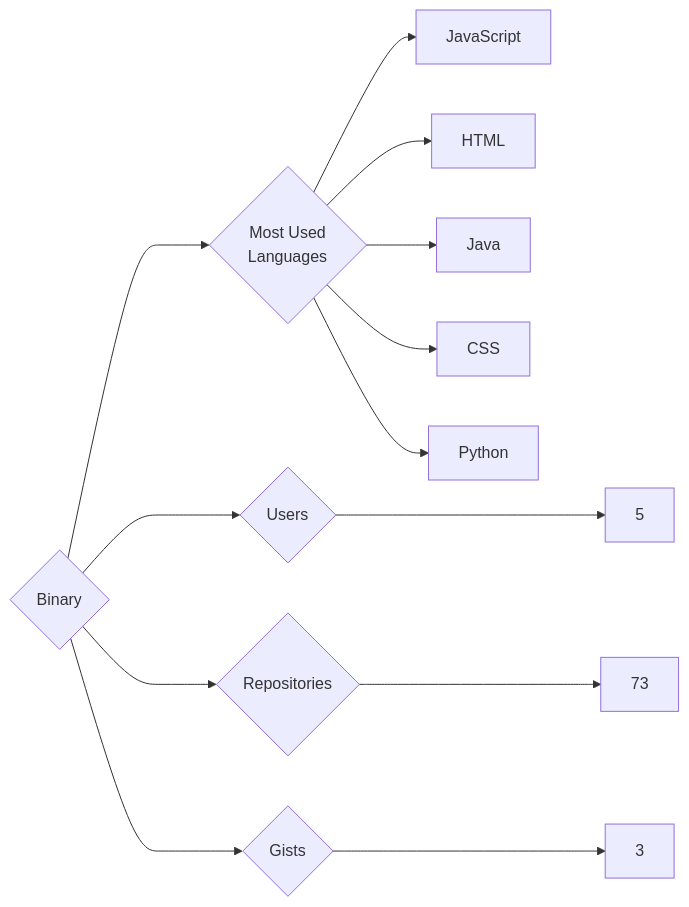
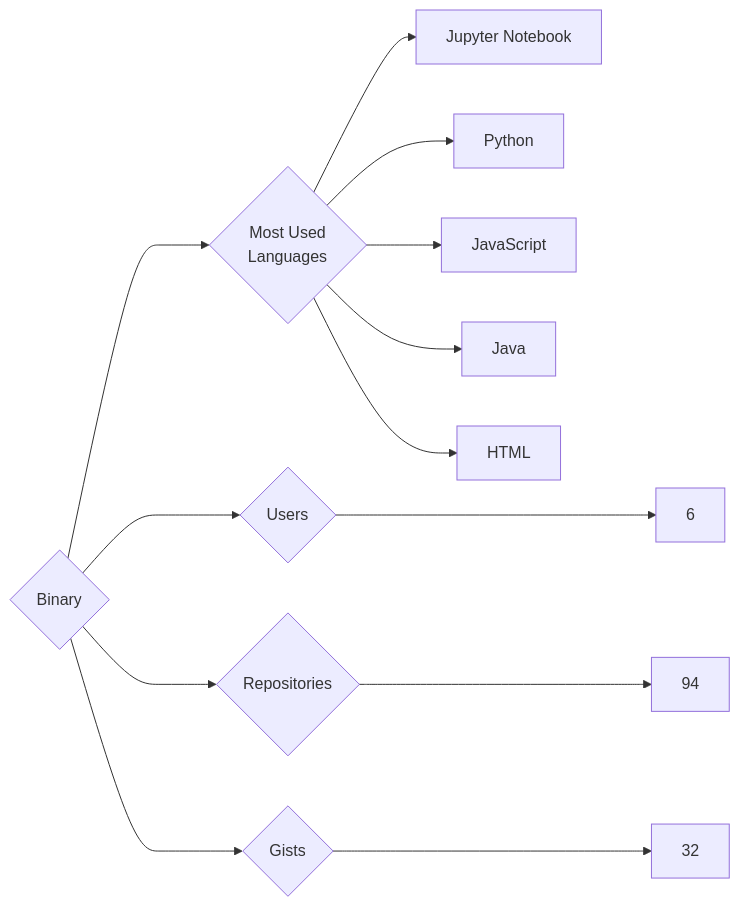
Before and after one commit to trickest/insiders: the diagram in targets/Binary/README.md, drawn with Mermaid. The commit also changed 1023 other files, not shown here.

````diff
--- a/targets/Binary/README.md
+++ b/targets/Binary/README.md
@@ -3,13 +3,13 @@
 ```mermaid
 graph LR
 COMPANY_NAME{Binary}
-COMPANY_NAME ---> U{Users} ---> UN[5]
-COMPANY_NAME ---> R{Repositories} ---> RN[73]
-COMPANY_NAME ---> G{Gists} ---> GN[3]
+COMPANY_NAME ---> U{Users} ---> UN[6]
+COMPANY_NAME ---> R{Repositories} ---> RN[94]
+COMPANY_NAME ---> G{Gists} ---> GN[32]
 COMPANY_NAME ---> ML{Most Used<br>Languages}
+ML --> Jupyter_Notebook[Jupyter Notebook]
+ML --> Python[Python]
 ML --> JavaScript[JavaScript]
+ML --> Java[Java]
 ML --> HTML[HTML]
-ML --> Java[Java]
-ML --> CSS[CSS]
-ML --> Python[Python]
 ```
````
